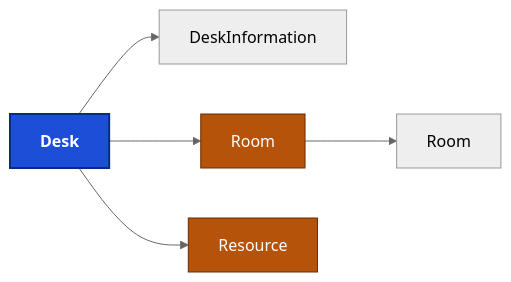
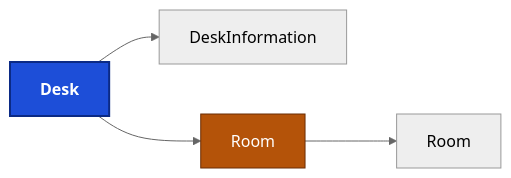
Diagram 18 of 38 in docs/canon/CAN-001-dom-structure.md (SkylineCommunications/SLC-SDM-InfraOps), drawn with Mermaid (neutral theme) before and after one commit. The commit also changed other lines of this file and 32 other files, not shown here.

````diff
--- a/docs/canon/CAN-001-dom-structure.md
+++ b/docs/canon/CAN-001-dom-structure.md
@@ -1151,18 +1151,16 @@
 ```mermaid
 flowchart LR
     D["<b>Desk</b>"]
     S1["DeskInformation"]
     S2["Room"]
-    S3["Resource"]
     T_room["Room"]
 
     D --> S1
     D --> S2
     S2 --> T_room
-    D --> S3
     classDef def fill:#1d4ed8,stroke:#0b2a85,color:#ffffff,stroke-width:2px
     classDef shared fill:#b45309,stroke:#6b2d05,color:#ffffff
     classDef other fill:#4b5563,stroke:#1f2937,color:#ffffff
     class D def
-    class S2,S3 shared
+    class S2 shared
 ```
````
